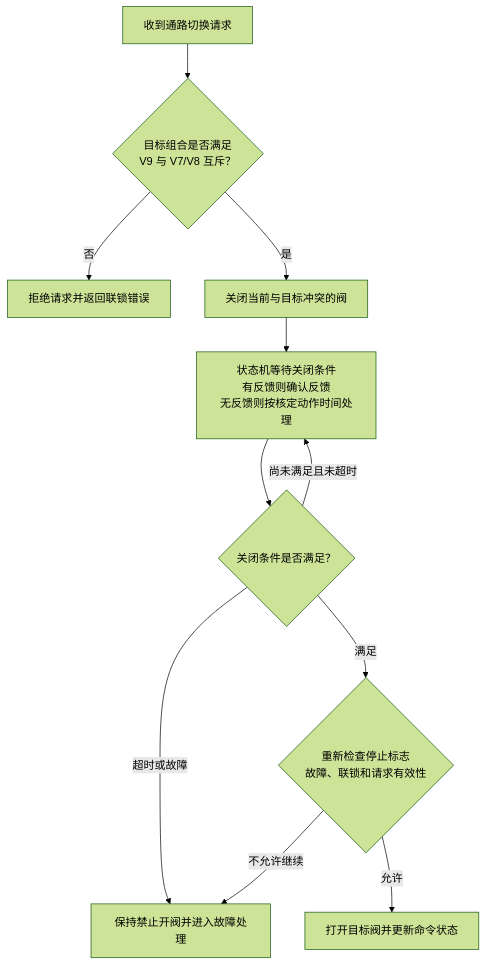
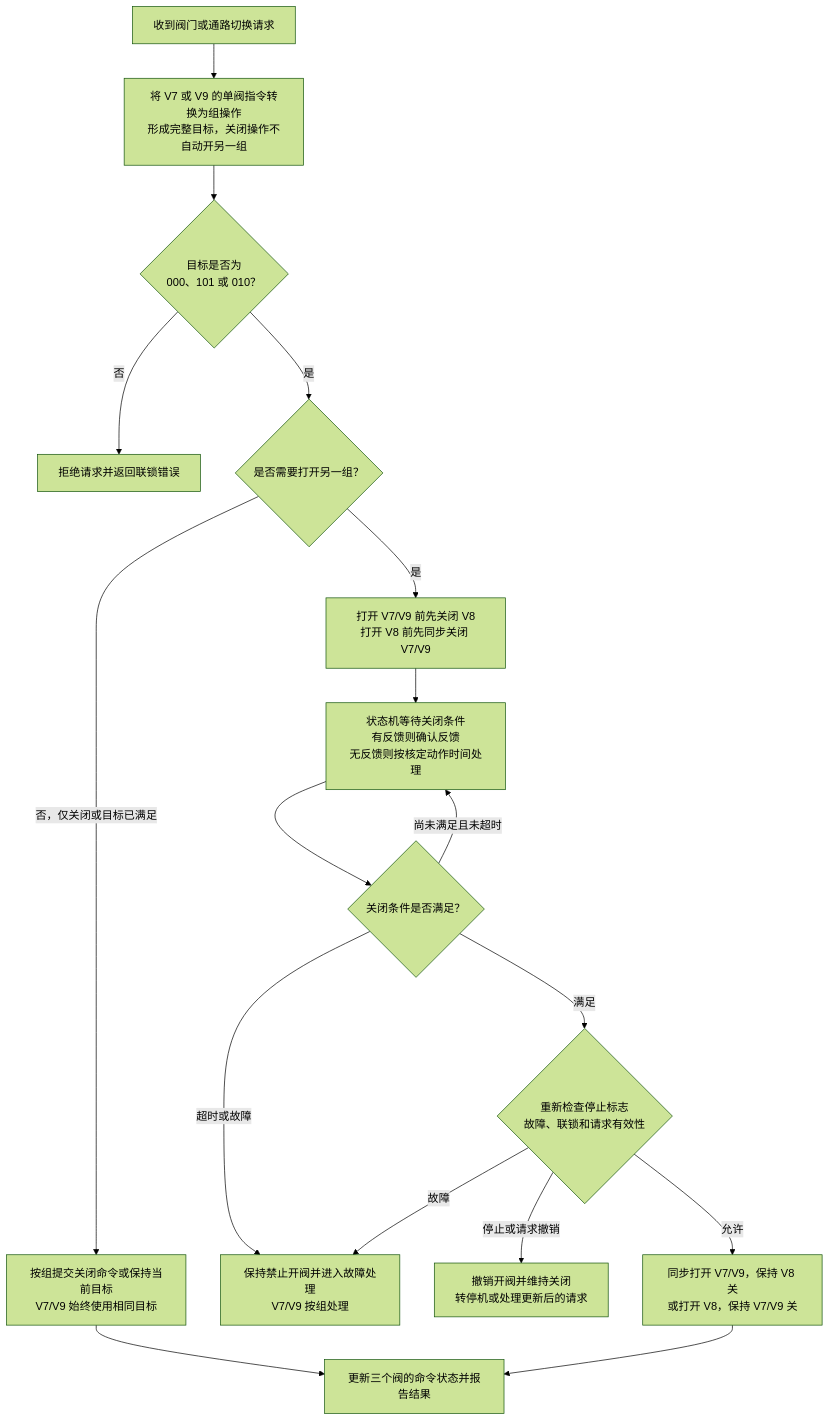
Before and after one commit to WIZYAN/gas-flowmeter-control: the seventh of 7 diagrams in doc/Design Document/主板软件运行流程-FreeRTOS.md, drawn with Mermaid (forest theme). The commit also changed other lines of this file and 339 other files, not shown here.

````diff
--- a/doc/Design Document/主板软件运行流程-FreeRTOS.md
+++ b/doc/Design Document/主板软件运行流程-FreeRTOS.md
@@ -131,13 +270,19 @@
 ```mermaid
 flowchart TD
-    V0[收到通路切换请求] --> V1{目标组合是否满足<br/>V9 与 V7/V8 互斥？}
+    V0[收到阀门或通路切换请求] --> VN[将 V7 或 V9 的单阀指令转换为组操作<br/>形成完整目标，关闭操作不自动开另一组]
+    VN --> V1{目标是否为<br/>000、101 或 010？}
     V1 -->|否| VX[拒绝请求并返回联锁错误]
-    V1 -->|是| V2[关闭当前与目标冲突的阀]
+    V1 -->|是| VS{是否需要打开另一组？}
+    VS -->|否，仅关闭或目标已满足| VC[按组提交关闭命令或保持当前目标<br/>V7/V9 始终使用相同目标]
+    VS -->|是| V2[打开 V7/V9 前先关闭 V8<br/>打开 V8 前先同步关闭 V7/V9]
     V2 --> V3[状态机等待关闭条件<br/>有反馈则确认反馈<br/>无反馈则按核定动作时间处理]
     V3 --> V4{关闭条件是否满足？}
     V4 -->|尚未满足且未超时| V3
-    V4 -->|超时或故障| VF[保持禁止开阀并进入故障处理]
+    V4 -->|超时或故障| VF[保持禁止开阀并进入故障处理<br/>V7/V9 按组处理]
     V4 -->|满足| V5{重新检查停止标志<br/>故障、联锁和请求有效性}
-    V5 -->|不允许继续| VF
-    V5 -->|允许| V6[打开目标阀并更新命令状态]
+    V5 -->|故障| VF
+    V5 -->|停止或请求撤销| VCANCEL[撤销开阀并维持关闭<br/>转停机或处理更新后的请求]
+    V5 -->|允许| V6[同步打开 V7/V9，保持 V8 关<br/>或打开 V8，保持 V7/V9 关]
+    V6 --> VDONE[更新三个阀的命令状态并报告结果]
+    VC --> VDONE
 ```
````
